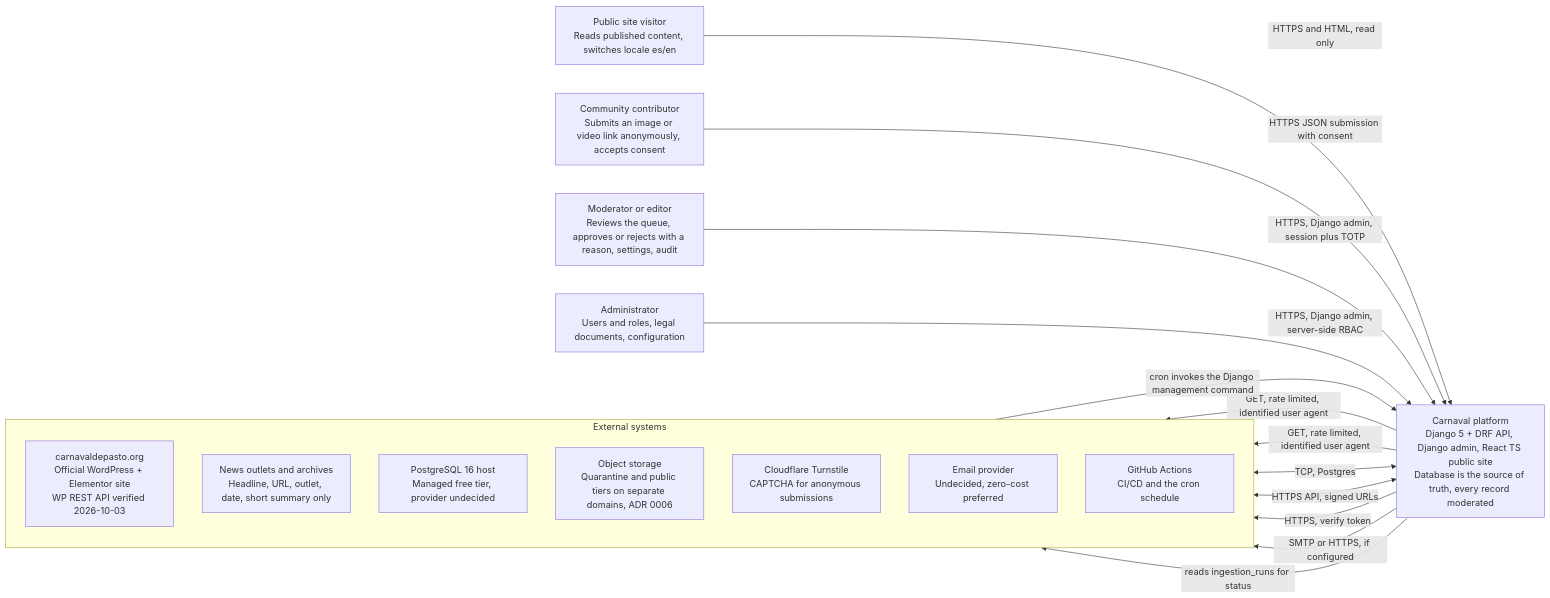
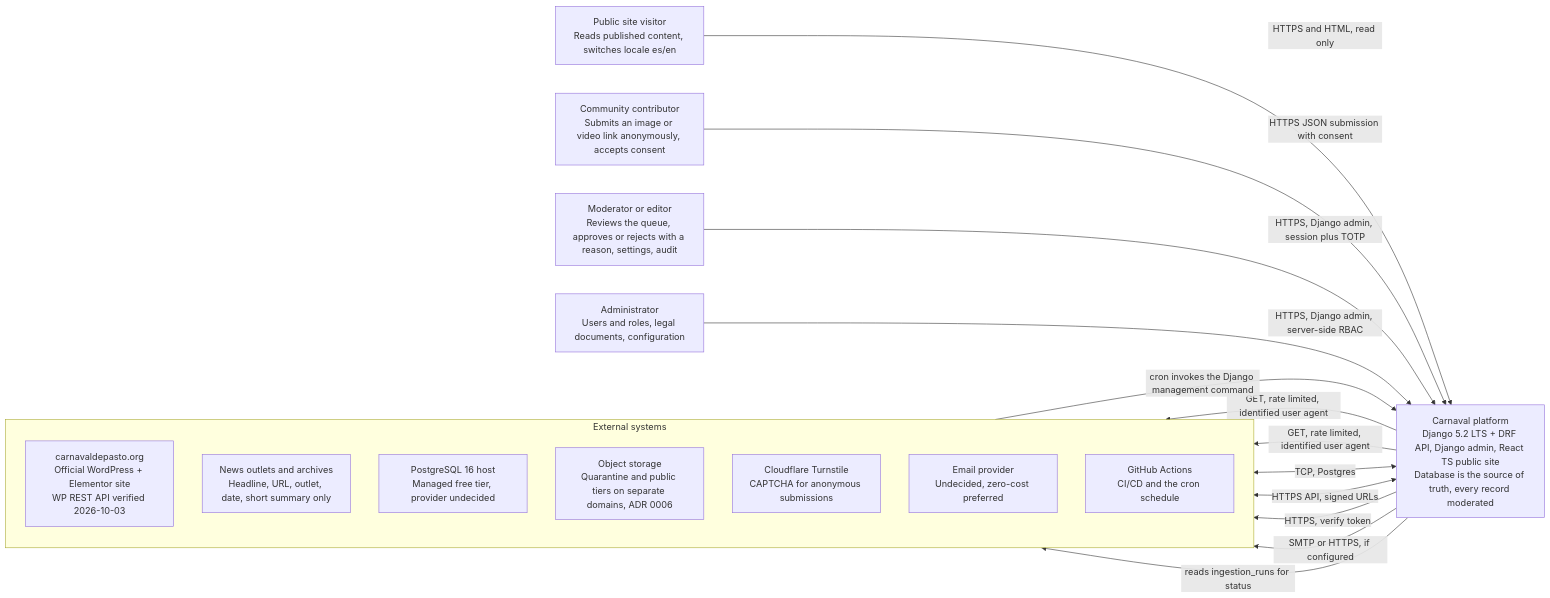
The first of 2 diagrams in docs/02-diseno/arquitectura-c4.md (victorloal/Carnaval), drawn with Mermaid before and after one commit. The commit also changed other lines of this file and 18 other files, not shown here.

First line of the commit message:
fix: upgrade to Django 5.2 LTS, harden settings and add the moderation mixin

````diff
--- a/docs/02-diseno/arquitectura-c4.md
+++ b/docs/02-diseno/arquitectura-c4.md
@@ -35,34 +35,34 @@
 ```mermaid
 flowchart LR
     visitor["Public site visitor<br/>Reads published content, switches locale es/en"]
     contributor["Community contributor<br/>Submits an image or video link anonymously, accepts consent"]
     moderator["Moderator or editor<br/>Reviews the queue, approves or rejects with a reason, settings, audit"]
     admin["Administrator<br/>Users and roles, legal documents, configuration"]
 
-    system["Carnaval platform<br/>Django 5 + DRF API, Django admin, React TS public site<br/>Database is the source of truth, every record moderated"]
+    system["Carnaval platform<br/>Django 5.2 LTS + DRF API, Django admin, React TS public site<br/>Database is the source of truth, every record moderated"]
 
     subgraph ext["External systems"]
         direction TB
         src_official["carnavaldepasto.org<br/>Official WordPress + Elementor site<br/>WP REST API verified 2026-10-03"]
         src_news["News outlets and archives<br/>Headline, URL, outlet, date, short summary only"]
         dbhost["PostgreSQL 16 host<br/>Managed free tier, provider undecided"]
         stor["Object storage<br/>Quarantine and public tiers on separate domains, ADR 0006"]
         turnstile["Cloudflare Turnstile<br/>CAPTCHA for anonymous submissions"]
         email["Email provider<br/>Undecided, zero-cost preferred"]
         actions["GitHub Actions<br/>CI/CD and the cron schedule"]
     end
 
     visitor -->|HTTPS and HTML, read only| system
     contributor -->|HTTPS JSON submission with consent| system
     moderator -->|HTTPS, Django admin, session plus TOTP| system
     admin -->|HTTPS, Django admin, server-side RBAC| system
 
     system -->|GET, rate limited, identified user agent| src_official
     system -->|GET, rate limited, identified user agent| src_news
     system <-->|TCP, Postgres| dbhost
     system <-->|HTTPS API, signed URLs| stor
     system -->|HTTPS, verify token| turnstile
     system -->|SMTP or HTTPS, if configured| email
     actions -->|cron invokes the Django management command| system
     system -->|reads ingestion_runs for status| actions
 ```
````
